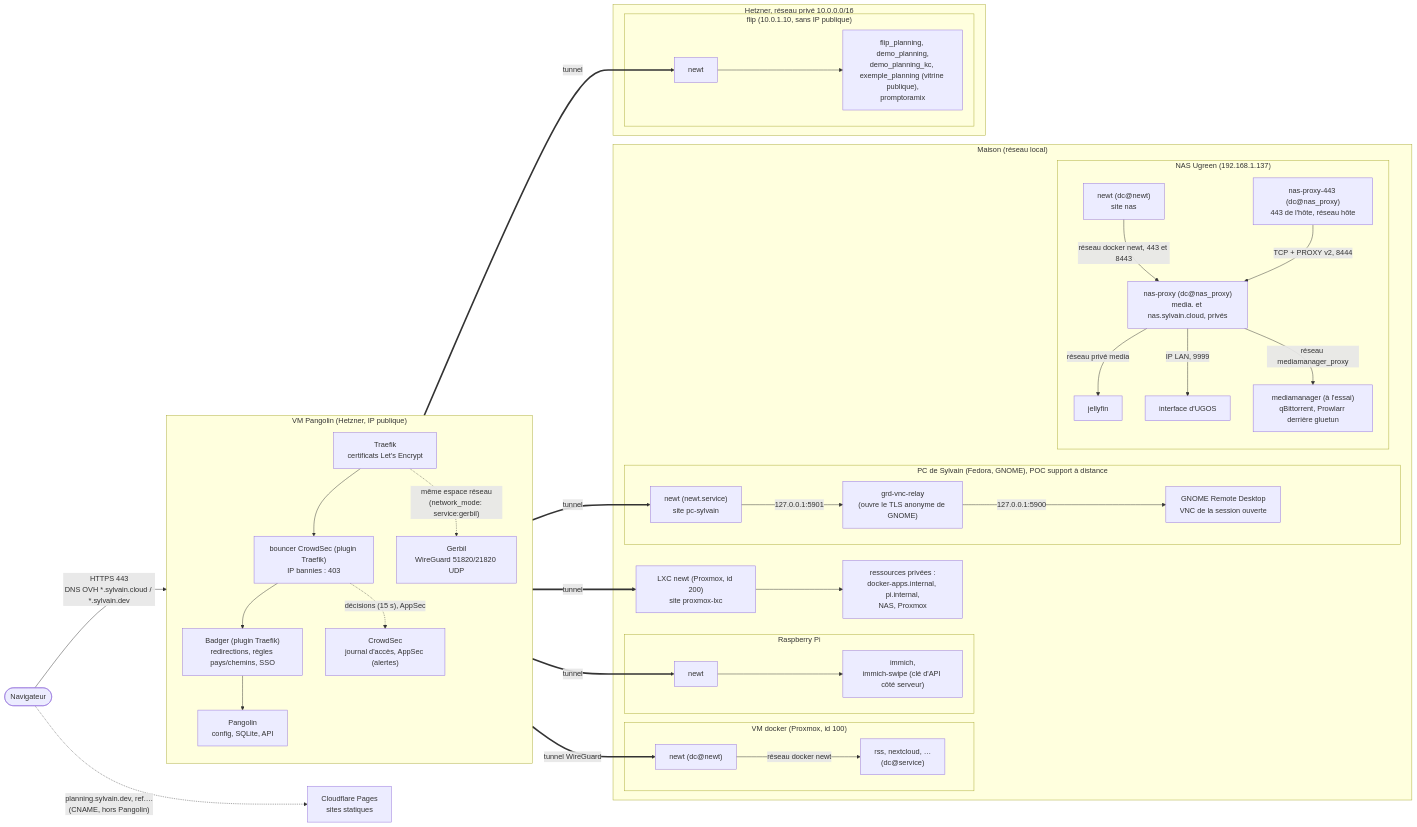
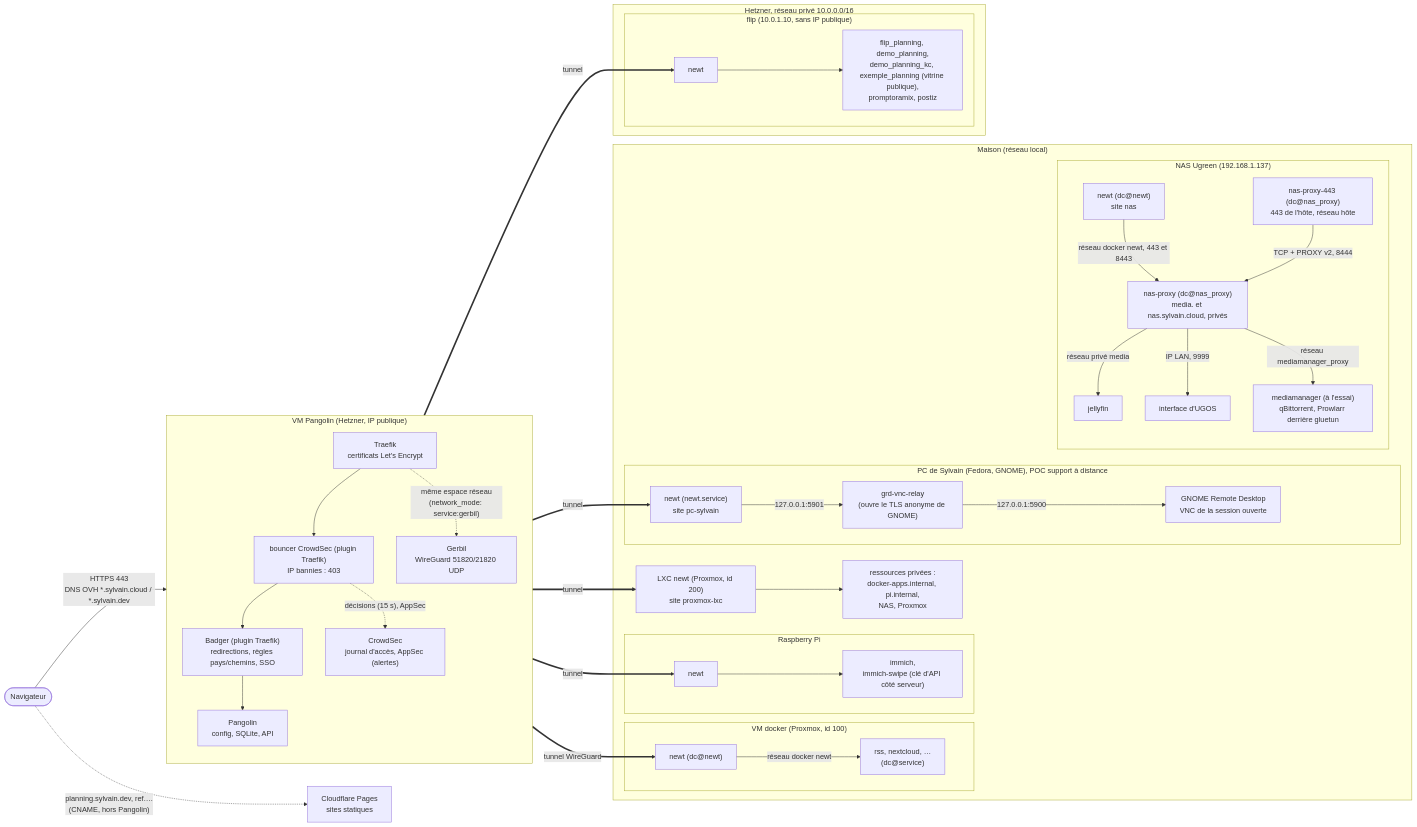
The first of 4 diagrams in docs/architecture.md (sylvainmetayer/homelab), drawn with Mermaid before and after one commit. The commit also changed other lines of this file and 25 other files, not shown here.

First line of the commit message:
feat(postiz): Postiz sur flip (posts.sylvain.cloud), Pocket ID, rôle dédié, /uploads ouvert

````diff
--- a/docs/architecture.md
+++ b/docs/architecture.md
@@ -10,51 +10,51 @@
 ```mermaid
 flowchart LR
   user([Navigateur]) -- "HTTPS 443<br/>DNS OVH *.sylvain.cloud / *.sylvain.dev" --> traefik
   user -. "planning.sylvain.dev, ref.…<br/>(CNAME, hors Pangolin)" .-> cfpages["Cloudflare Pages<br/>sites statiques"]
 
   subgraph pangolin_vm["VM Pangolin (Hetzner, IP publique)"]
     direction TB
     traefik["Traefik<br/>certificats Let's Encrypt"]
     bouncer["bouncer CrowdSec (plugin Traefik)<br/>IP bannies : 403"]
     crowdsec["CrowdSec<br/>journal d'accès, AppSec (alertes)"]
     badger["Badger (plugin Traefik)<br/>redirections, règles pays/chemins, SSO"]
     pangolin_app["Pangolin<br/>config, SQLite, API"]
     gerbil["Gerbil<br/>WireGuard 51820/21820 UDP"]
     traefik --> bouncer --> badger --> pangolin_app
     bouncer -. "décisions (15 s), AppSec" .-> crowdsec
     traefik -. "même espace réseau<br/>(network_mode: service:gerbil)" .-> gerbil
   end
 
   gerbil == "tunnel WireGuard" ==> newt_docker
   gerbil == tunnel ==> newt_pi
   gerbil == tunnel ==> newt_flip
   gerbil == tunnel ==> newt_lxc
   gerbil == tunnel ==> newt_pc
 
   subgraph home["Maison (réseau local)"]
     subgraph docker_vm["VM docker (Proxmox, id 100)"]
       newt_docker["newt (dc@newt)"] -- "réseau docker newt" --> app1["rss, nextcloud, …<br/>(dc@service)"]
     end
     subgraph pi["Raspberry Pi"]
       newt_pi[newt] --> immich["immich,<br/>immich-swipe (clé d'API côté serveur)"]
     end
     newt_lxc["LXC newt (Proxmox, id 200)<br/>site proxmox-lxc"] --> lan["ressources privées :<br/>docker-apps.internal, pi.internal,<br/>NAS, Proxmox"]
     subgraph pc["PC de Sylvain (Fedora, GNOME), POC support à distance"]
       newt_pc["newt (newt.service)<br/>site pc-sylvain"] -- "127.0.0.1:5901" --> relay_vnc["grd-vnc-relay<br/>(ouvre le TLS anonyme de GNOME)"]
       relay_vnc -- "127.0.0.1:5900" --> grd["GNOME Remote Desktop<br/>VNC de la session ouverte"]
     end
     subgraph nas["NAS Ugreen (192.168.1.137)"]
       newt_nas["newt (dc@newt)<br/>site nas"] -- "réseau docker newt, 443 et 8443" --> traefik_nas["nas-proxy (dc@nas_proxy)<br/>media. et nas.sylvain.cloud, privés"]
       relay_nas["nas-proxy-443 (dc@nas_proxy)<br/>443 de l'hôte, réseau hôte"] -- "TCP + PROXY v2, 8444" --> traefik_nas
       traefik_nas -- "réseau privé media" --> jellyfin[jellyfin]
       traefik_nas -- "IP LAN, 9999" --> ugos[interface d'UGOS]
       traefik_nas -- "réseau mediamanager_proxy" --> mediamanager["mediamanager (à l'essai)<br/>qBittorrent, Prowlarr derrière gluetun"]
     end
   end
 
   subgraph hetzner_priv["Hetzner, réseau privé 10.0.0.0/16"]
     subgraph flip["flip (10.0.1.10, sans IP publique)"]
-      newt_flip[newt] --> fp["flip_planning, demo_planning,<br/>demo_planning_kc, exemple_planning (vitrine publique),<br/>promptoramix"]
+      newt_flip[newt] --> fp["flip_planning, demo_planning,<br/>demo_planning_kc, exemple_planning (vitrine publique),<br/>promptoramix, postiz"]
     end
   end
 ```
````
